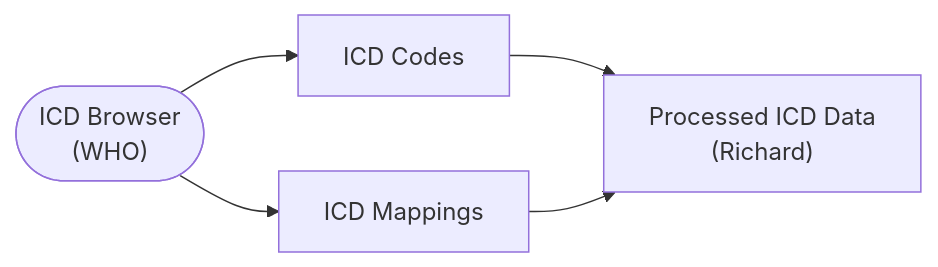
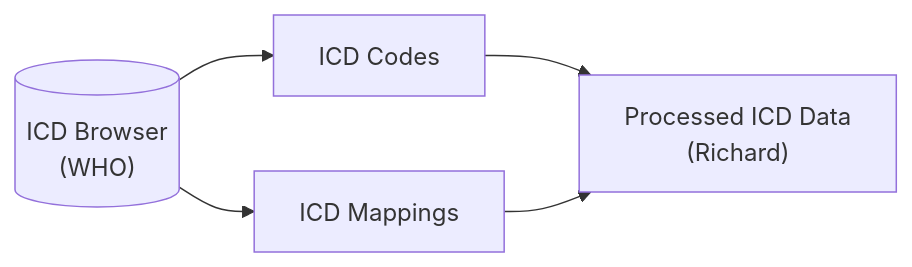
Before and after one commit to cghr-toronto/icd: the first of 2 diagrams in DEVELOPER.md, drawn with Mermaid.

````diff
--- a/DEVELOPER.md
+++ b/DEVELOPER.md
@@ -10,5 +10,5 @@
 ```mermaid
 flowchart LR;
 
-A(["ICD Browser<br/>(WHO)"]) --> B["ICD Codes"] & C["ICD Mappings"] --> D["Processed ICD Data<br>(Richard)"];
+A[("ICD Browser<br/>(WHO)")] --> B["ICD Codes"] & C["ICD Mappings"] --> D["Processed ICD Data<br>(Richard)"];
 ```
````
